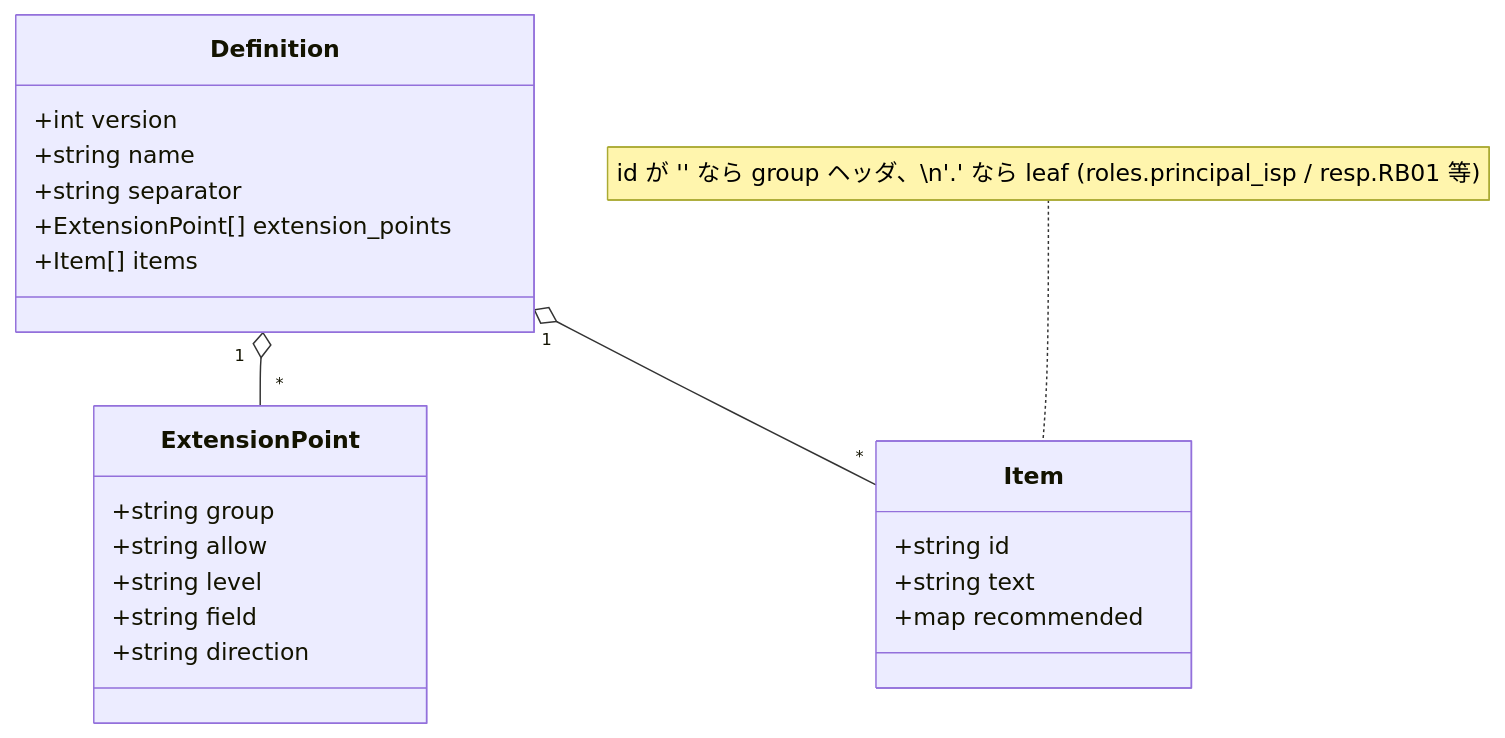
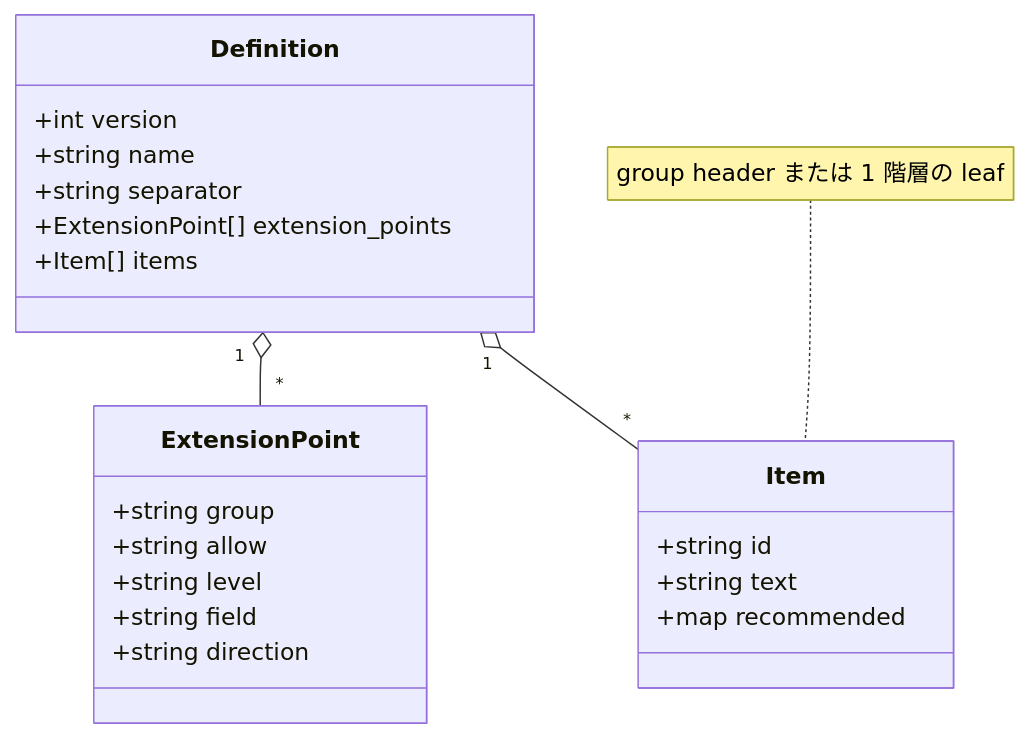
Before and after one commit to suwa-sh/shared-infra-incident-readiness: the second of 2 diagrams in docs/01_responsibility_boundary.md, drawn with Mermaid. The commit also changed other lines of this file and 10 other files, not shown here.

````diff
--- a/docs/01_responsibility_boundary.md
+++ b/docs/01_responsibility_boundary.md
@@ -75,25 +69,25 @@
 ```mermaid
 classDiagram
   class Definition {
     +int version
     +string name
     +string separator
     +ExtensionPoint[] extension_points
     +Item[] items
   }
   class ExtensionPoint {
     +string group
     +string allow
     +string level
     +string field
     +string direction
   }
   class Item {
     +string id
     +string text
     +map recommended
   }
   Definition "1" o-- "*" ExtensionPoint
   Definition "1" o-- "*" Item
-  note for Item "id が '<group>' なら group ヘッダ、\n'<group>.<leaf>' なら leaf (roles.principal_isp / resp.RB01 等)"
+  note for Item "group header または 1 階層の leaf"
 ```
````
